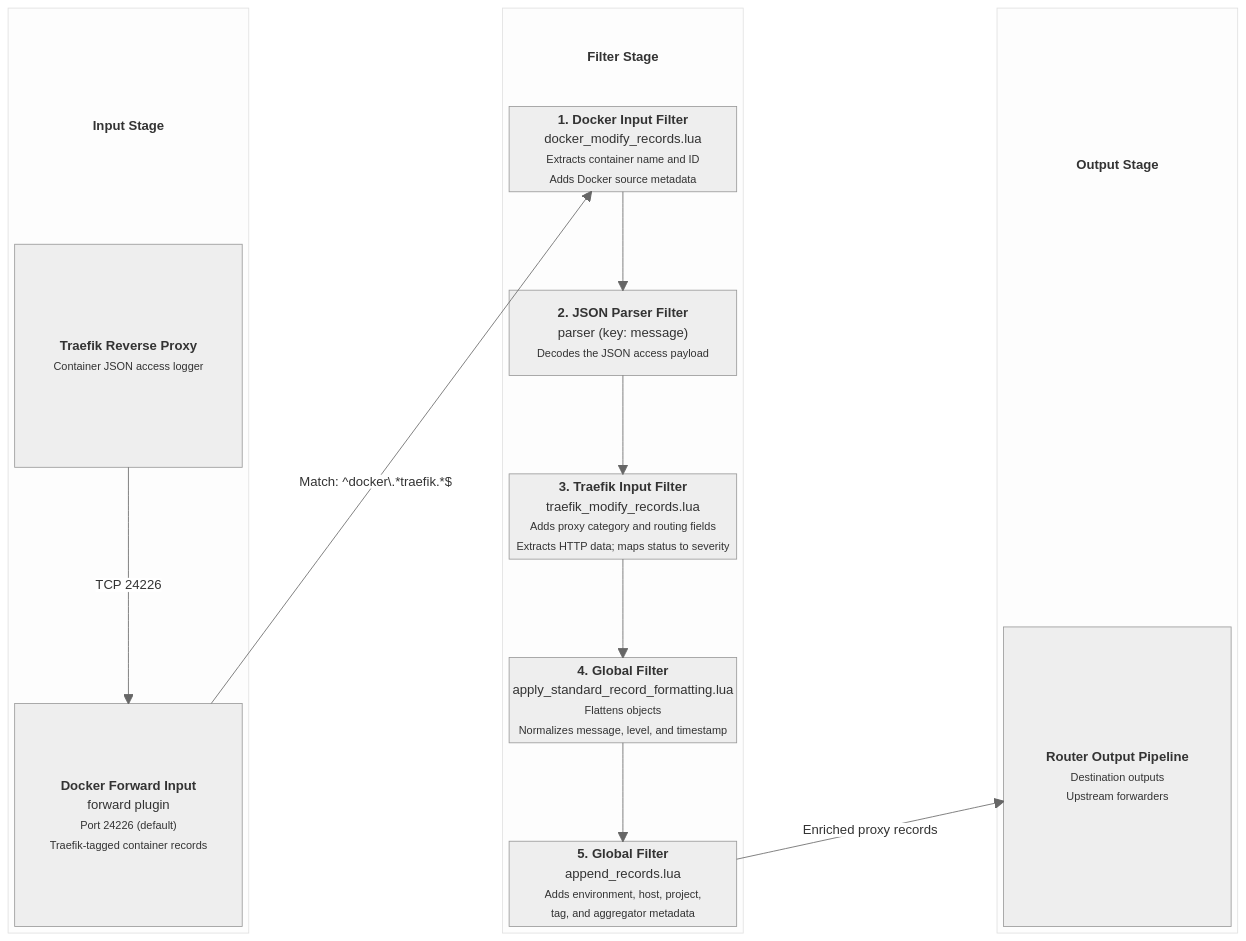
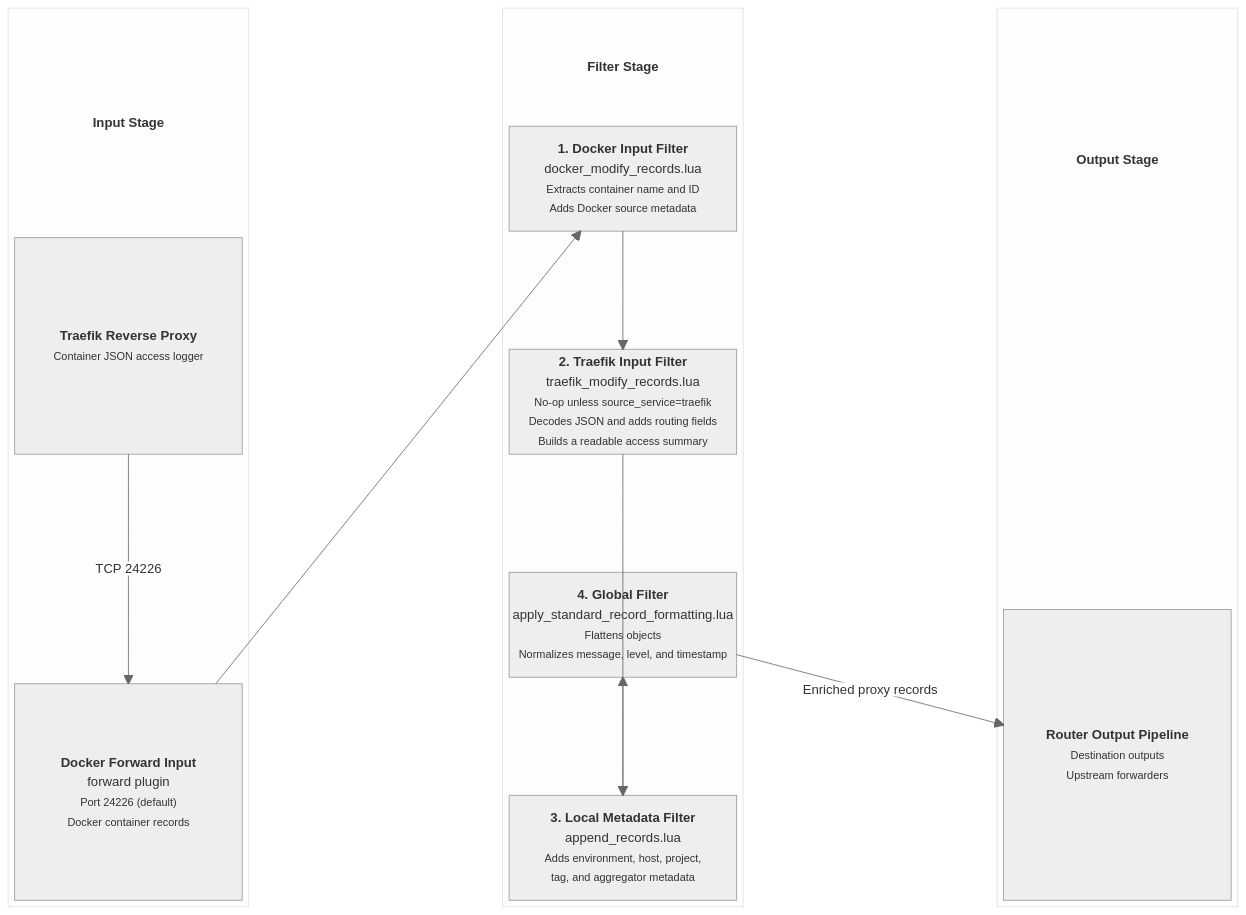
Before and after one commit to Josh5/fluent-bit-router: the diagram in docs/input-traefik-proxy.md, drawn with Mermaid (neutral theme). The commit also changed other lines of this file and 5 other files, not shown here.

````diff
--- a/docs/input-traefik-proxy.md
+++ b/docs/input-traefik-proxy.md
@@ -15,49 +17,46 @@
 ```mermaid
 block-beta
     columns 5
 
     block:InputStage
         columns 1
         InputTitle["<b>Input Stage</b>"]
         A["<b>Traefik Reverse Proxy</b><br/><small>Container JSON access logger</small>"]
         space
-        B["<b>Docker Forward Input</b><br/>forward plugin<br/><small>Port 24226 (default)<br/>Traefik-tagged container records</small>"]
+        B["<b>Docker Forward Input</b><br/>forward plugin<br/><small>Port 24226 (default)<br/>Docker container records</small>"]
     end
 
     space
 
     block:FilterStage
         columns 1
         FilterTitle["<b>Filter Stage</b>"]
         C["<b>1. Docker Input Filter</b><br/>docker_modify_records.lua<br/><small>Extracts container name and ID<br/>Adds Docker source metadata</small>"]
         space
-        D["<b>2. JSON Parser Filter</b><br/>parser (key: message)<br/><small>Decodes the JSON access payload</small>"]
-        space
-        E["<b>3. Traefik Input Filter</b><br/>traefik_modify_records.lua<br/><small>Adds proxy category and routing fields<br/>Extracts HTTP data; maps status to severity</small>"]
+        D["<b>2. Traefik Input Filter</b><br/>traefik_modify_records.lua<br/><small>No-op unless source_service=traefik<br/>Decodes JSON and adds routing fields<br/>Builds a readable access summary</small>"]
         space
         F["<b>4. Global Filter</b><br/>apply_standard_record_formatting.lua<br/><small>Flattens objects<br/>Normalizes message, level, and timestamp</small>"]
         space
-        G["<b>5. Global Filter</b><br/>append_records.lua<br/><small>Adds environment, host, project,<br/>tag, and aggregator metadata</small>"]
+        G["<b>3. Local Metadata Filter</b><br/>append_records.lua<br/><small>Adds environment, host, project,<br/>tag, and aggregator metadata</small>"]
     end
 
     space
 
     block:OutputStage
         columns 1
         OutputTitle["<b>Output Stage</b>"]
         space
         H["<b>Router Output Pipeline</b><br/><small>Destination outputs<br/>Upstream forwarders</small>"]
     end
 
     A -- "TCP 24226" --> B
-    B -- "Match: ^docker\.*traefik.*$" --> C
+    B --> C
     C --> D
-    D --> E
-    E --> F
-    F --> G
-    G -- "Enriched proxy records" --> H
+    D --> G
+    G --> F
+    F -- "Enriched proxy records" --> H
 
     style InputTitle fill:none,stroke:none
     style FilterTitle fill:none,stroke:none
     style OutputTitle fill:none,stroke:none
 ```
````
